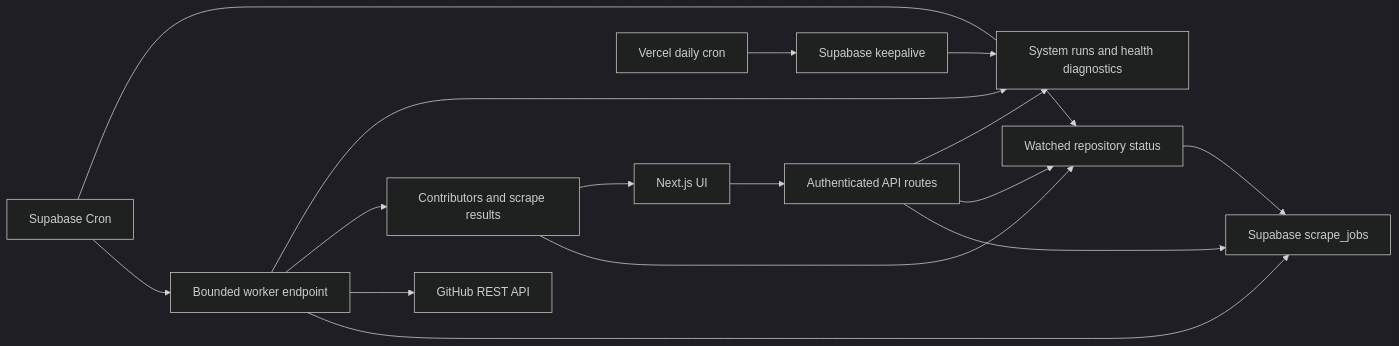
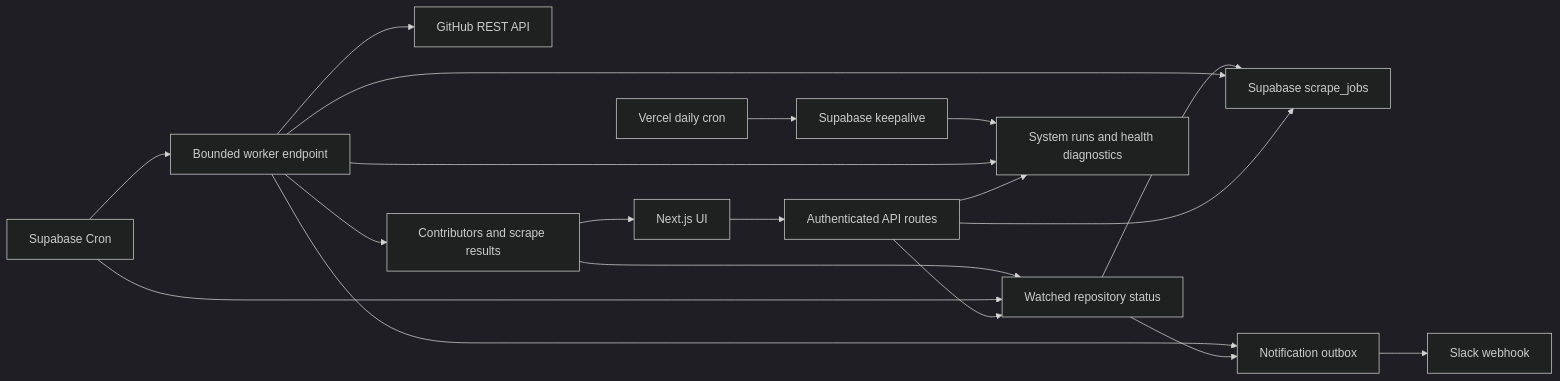
One commit to brod-exodus/Talon changed the diagram in README.md. Above: the diagram before and after it, drawn with Mermaid (dark theme). The commit also changed other lines of this file and 18 other files, not shown here.

````diff
--- a/README.md
+++ b/README.md
@@ -34,18 +34,21 @@
 ```mermaid
 flowchart LR
     UI["Next.js UI"] --> API["Authenticated API routes"]
     API --> Queue["Supabase scrape_jobs"]
     Cron["Supabase Cron"] --> Worker["Bounded worker endpoint"]
     Worker --> Queue
     Worker --> GitHub["GitHub REST API"]
     Worker --> Data["Contributors and scrape results"]
     API --> Watches["Watched repository status"]
     Cron --> Watches
     Watches --> Queue
     Data --> Watches
+    Watches --> Outbox["Notification outbox"]
+    Worker --> Outbox
+    Outbox --> Slack["Slack webhook"]
     Data --> UI
     Vercel["Vercel daily cron"] --> Keepalive["Supabase keepalive"]
     API --> Ops["System runs and health diagnostics"]
     Worker --> Ops
     Keepalive --> Ops
 ```
````
